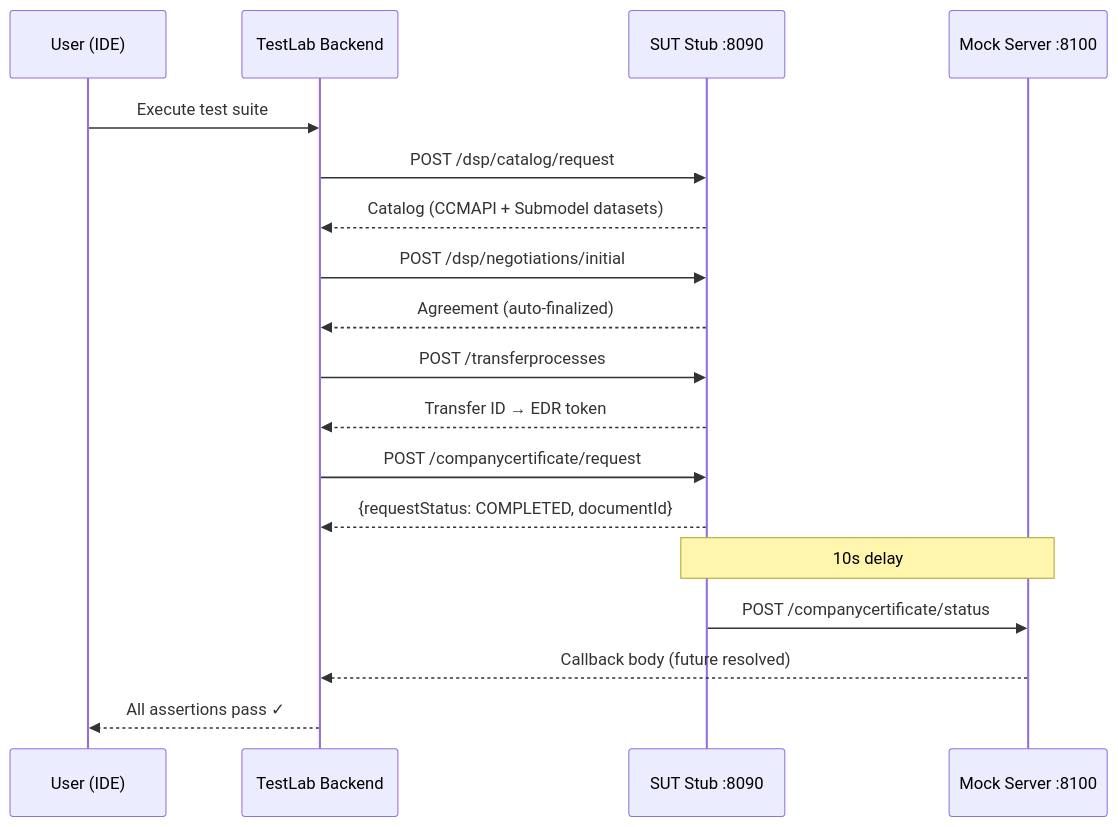
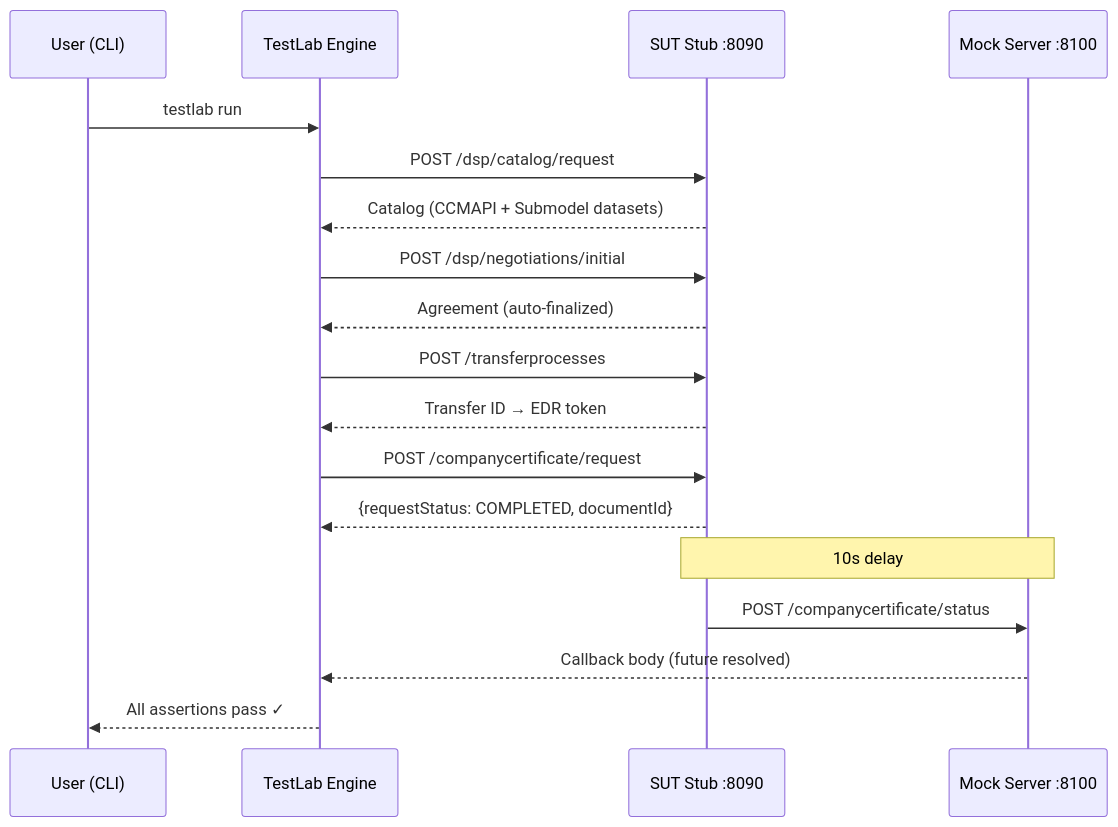
Before and after one commit to eclipse-tractusx/tractusx-testlab: the first of 2 diagrams in docs/tutorials/ccm-developer-guide.md, drawn with Mermaid. The commit also changed other lines of this file and 155 other files, not shown here.

````diff
--- a/docs/tutorials/ccm-developer-guide.md
+++ b/docs/tutorials/ccm-developer-guide.md
@@ -68,21 +66,21 @@
 ```mermaid
 sequenceDiagram
-    participant User as User (IDE)
-    participant TL as TestLab Backend
+    participant User as User (CLI)
+    participant TL as TestLab Engine
     participant Stub as SUT Stub :8090
     participant Mock as Mock Server :8100
 
-    User->>TL: Execute test suite
+    User->>TL: testlab run
     TL->>Stub: POST /dsp/catalog/request
     Stub-->>TL: Catalog (CCMAPI + Submodel datasets)
     TL->>Stub: POST /dsp/negotiations/initial
     Stub-->>TL: Agreement (auto-finalized)
     TL->>Stub: POST /transferprocesses
     Stub-->>TL: Transfer ID → EDR token
     TL->>Stub: POST /companycertificate/request
     Stub-->>TL: {requestStatus: COMPLETED, documentId}
     Note over Stub,Mock: 10s delay
     Stub->>Mock: POST /companycertificate/status
     Mock-->>TL: Callback body (future resolved)
     TL-->>User: All assertions pass ✓
 ```
````
